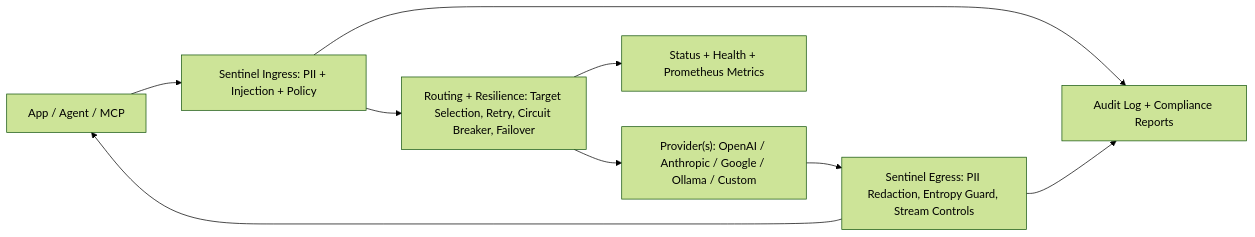
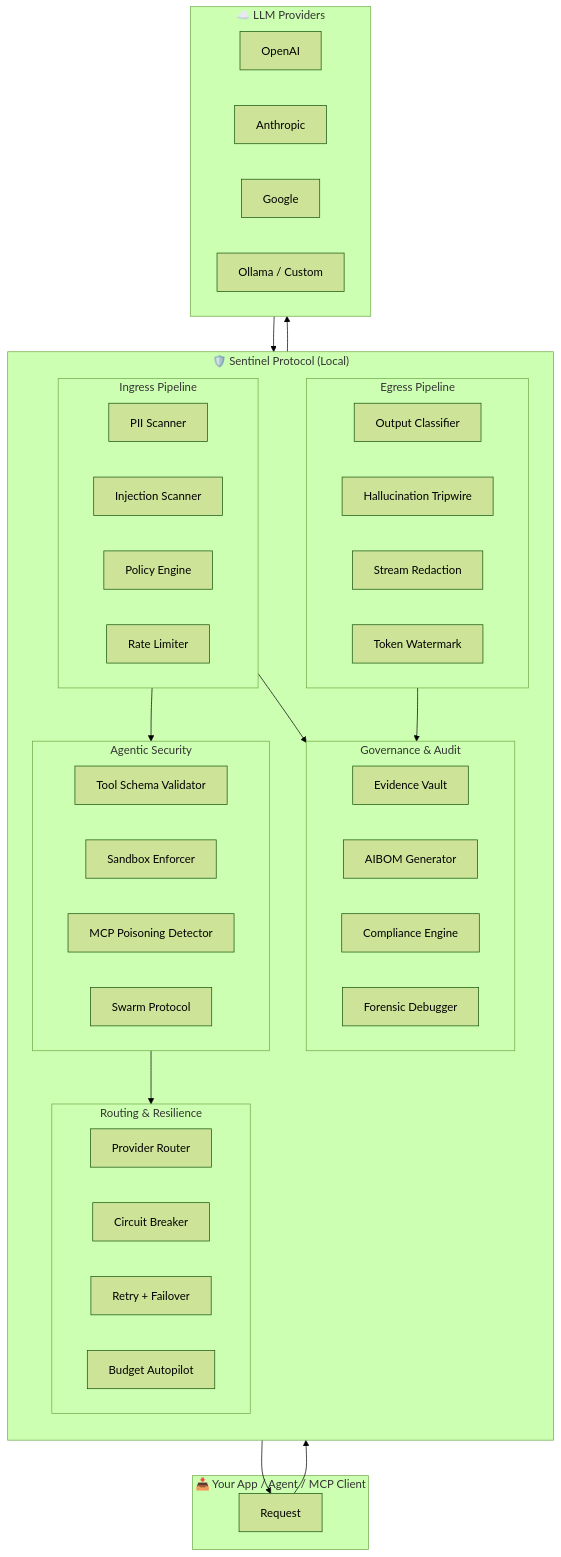
Before and after one commit to myProjectsRavi/sentinel-protocol: the diagram in README.md, drawn with Mermaid (forest theme). The commit also changed other lines of this file, not shown here.

Commit message:
feat: overhaul README.md with detailed metrics, a table of contents, expanded problem/solution, and improved setup instructions.

````diff
--- a/README.md
+++ b/README.md
@@ -93,12 +245,61 @@
 ```mermaid
-flowchart LR
-  A["App / Agent / MCP"] --> B["Sentinel Ingress: PII + Injection + Policy"]
-  B --> C["Routing + Resilience: Target Selection, Retry, Circuit Breaker, Failover"]
-  C --> D["Provider(s): OpenAI / Anthropic / Google / Ollama / Custom"]
-  D --> E["Sentinel Egress: PII Redaction, Entropy Guard, Stream Controls"]
-  E --> A
+flowchart TB
+    subgraph INPUT["📥 Your App / Agent / MCP Client"]
+        A[Request]
+    end
 
-  B --> F["Audit Log + Compliance Reports"]
-  C --> G["Status + Health + Prometheus Metrics"]
-  E --> F
+    subgraph SENTINEL["🛡️ Sentinel Protocol (Local)"]
+        direction TB
+        subgraph INGRESS["Ingress Pipeline"]
+            B1[PII Scanner]
+            B2[Injection Scanner]
+            B3[Policy Engine]
+            B4[Rate Limiter]
+        end
+
+        subgraph AGENTIC["Agentic Security"]
+            C1[Tool Schema Validator]
+            C2[Sandbox Enforcer]
+            C3[MCP Poisoning Detector]
+            C4[Swarm Protocol]
+        end
+
+        subgraph ROUTING["Routing & Resilience"]
+            D1[Provider Router]
+            D2[Circuit Breaker]
+            D3[Retry + Failover]
+            D4[Budget Autopilot]
+        end
+
+        subgraph EGRESS["Egress Pipeline"]
+            E1[Output Classifier]
+            E2[Hallucination Tripwire]
+            E3[Stream Redaction]
+            E4[Token Watermark]
+        end
+
+        subgraph GOVERNANCE["Governance & Audit"]
+            F1[Evidence Vault]
+            F2[AIBOM Generator]
+            F3[Compliance Engine]
+            F4[Forensic Debugger]
+        end
+    end
+
+    subgraph PROVIDERS["☁️ LLM Providers"]
+        G1[OpenAI]
+        G2[Anthropic]
+        G3[Google]
+        G4[Ollama / Custom]
+    end
+
+    A --> INGRESS
+    INGRESS --> AGENTIC
+    AGENTIC --> ROUTING
+    ROUTING --> PROVIDERS
+    PROVIDERS --> EGRESS
+    EGRESS --> A
+
+    INGRESS --> GOVERNANCE
+    EGRESS --> GOVERNANCE
 ```
````
